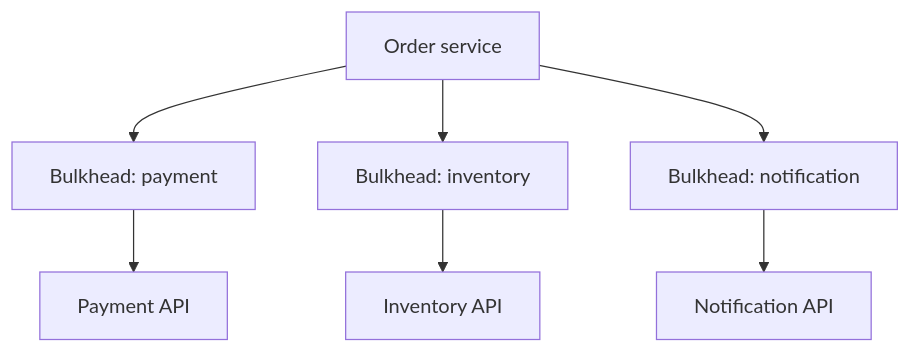
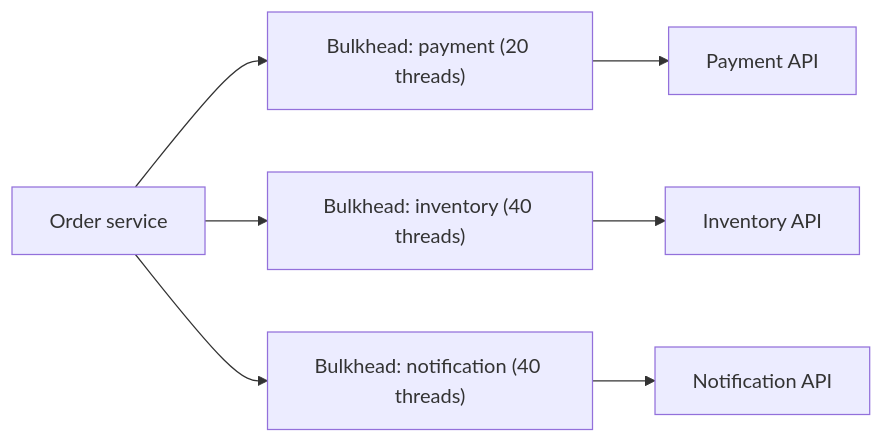
Before and after one commit to hareramcse/SystemDesign: diagram 16 of 22 in 08-microservices/README.md, drawn with Mermaid. The commit also changed other lines of this file and 14 other files, not shown here.

````diff
--- a/08-microservices/README.md
+++ b/08-microservices/README.md
@@ -2535,9 +1553,9 @@
 ```mermaid
-flowchart TB
-    App[Order service] --> PoolA["Bulkhead: payment"]
-    App --> PoolB["Bulkhead: inventory"]
-    App --> PoolC["Bulkhead: notification"]
+flowchart LR
+    App[Order service] --> PoolA["Bulkhead: payment (20 threads)"]
+    App --> PoolB["Bulkhead: inventory (40 threads)"]
+    App --> PoolC["Bulkhead: notification (40 threads)"]
     PoolA --> Pay[Payment API]
     PoolB --> Inv[Inventory API]
     PoolC --> Notify[Notification API]
 ```
````
